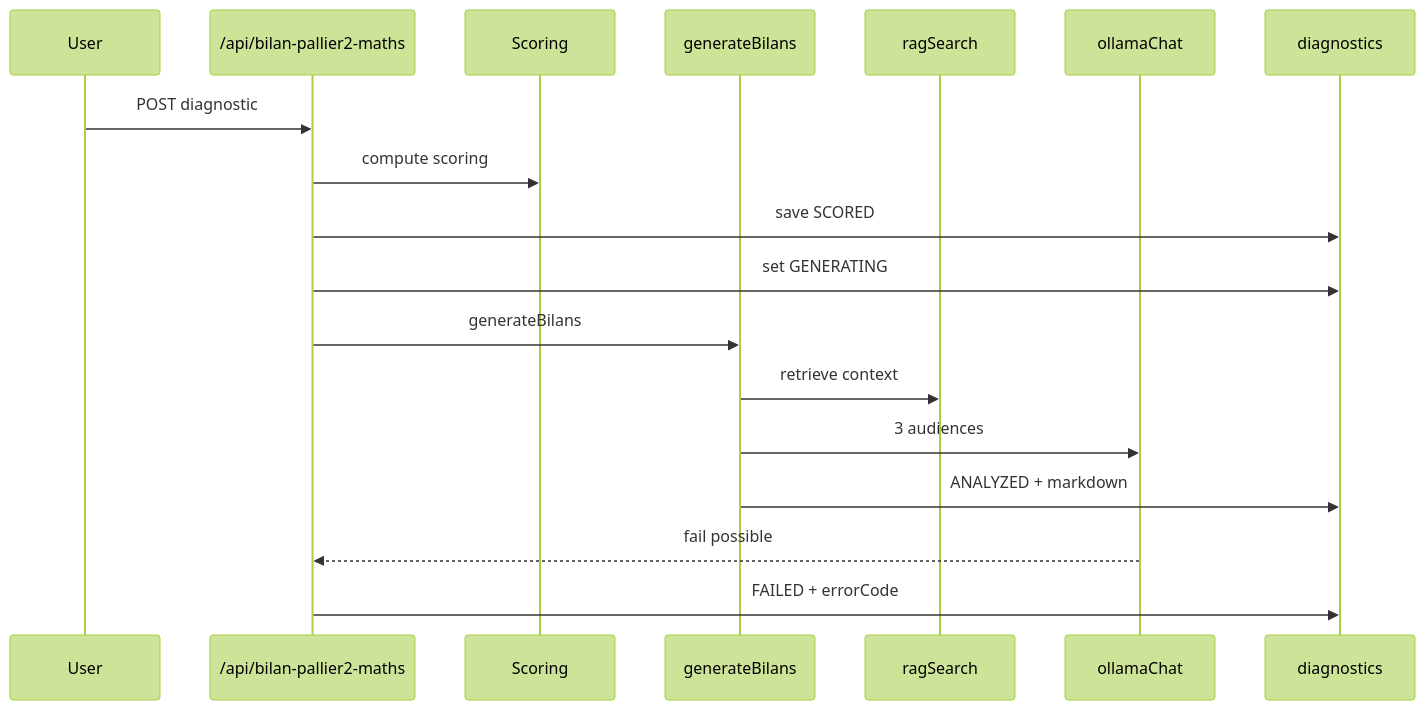
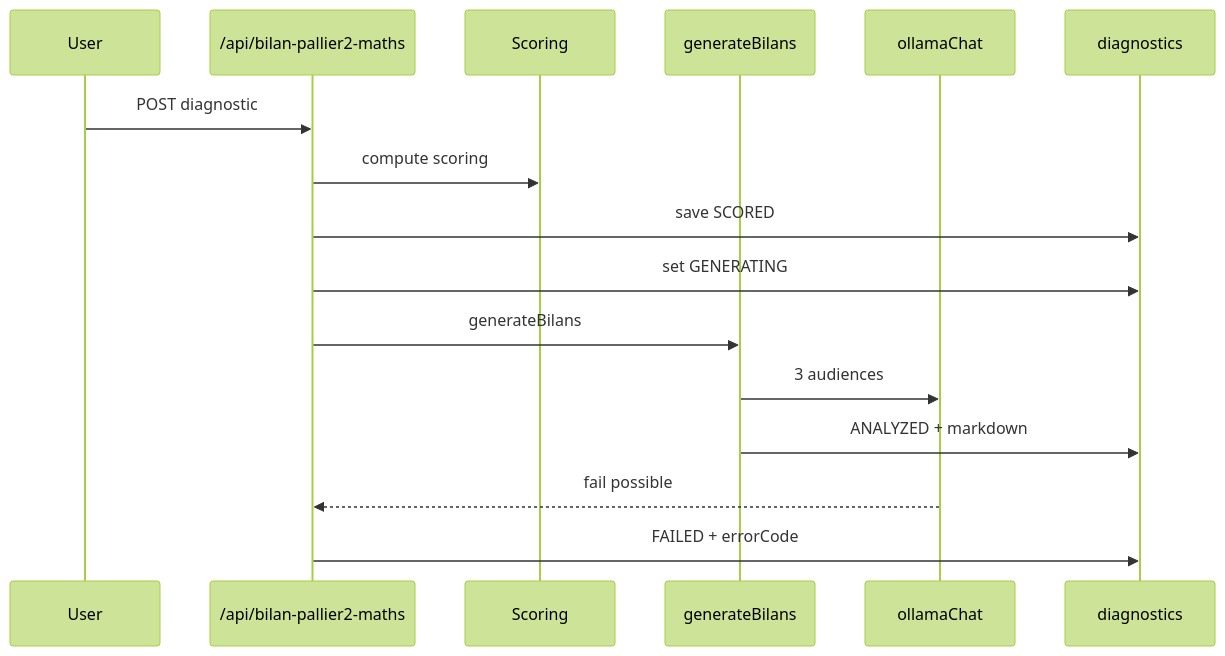
The diagram in docs/40_LLM_RAG_PIPELINE.md (cyranoaladin/nexus-project_v0), drawn with Mermaid (forest theme) before and after one commit. The commit also changed other lines of this file and 65 other files, not shown here.

````diff
--- a/docs/40_LLM_RAG_PIPELINE.md
+++ b/docs/40_LLM_RAG_PIPELINE.md
@@ -32,21 +34,19 @@
 ```mermaid
 sequenceDiagram
   participant U as User
   participant API as /api/bilan-pallier2-maths
   participant S as Scoring
   participant G as generateBilans
-  participant R as ragSearch
   participant O as ollamaChat
   participant DB as diagnostics
 
   U->>API: POST diagnostic
   API->>S: compute scoring
   API->>DB: save SCORED
   API->>DB: set GENERATING
   API->>G: generateBilans
-  G->>R: retrieve context
   G->>O: 3 audiences
   G->>DB: ANALYZED + markdown
   O-->>API: fail possible
   API->>DB: FAILED + errorCode
 ```
````
